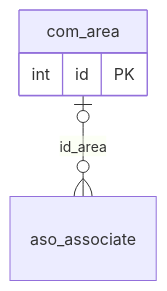
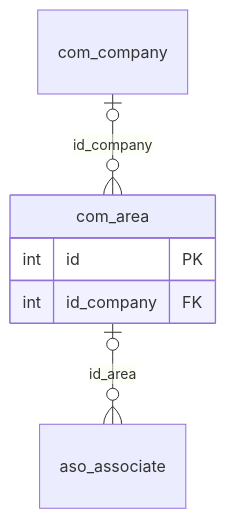
One commit to softwaresamm/IDAE.Docs changed the diagram in docs/safe/database/com/area.md. Above: the diagram before and after it, drawn with Mermaid. The commit also changed other lines of this file and 14 other files, not shown here.

````diff
--- a/docs/safe/database/com/area.md
+++ b/docs/safe/database/com/area.md
@@ -42,8 +43,11 @@
 ```mermaid
 erDiagram
     com_area {
         int id PK
+        int id_company FK
     }
     aso_associate
+    com_company
     com_area |o--o{ aso_associate : "id_area"
+    com_company |o--o{ com_area : "id_company"
 ```
````
